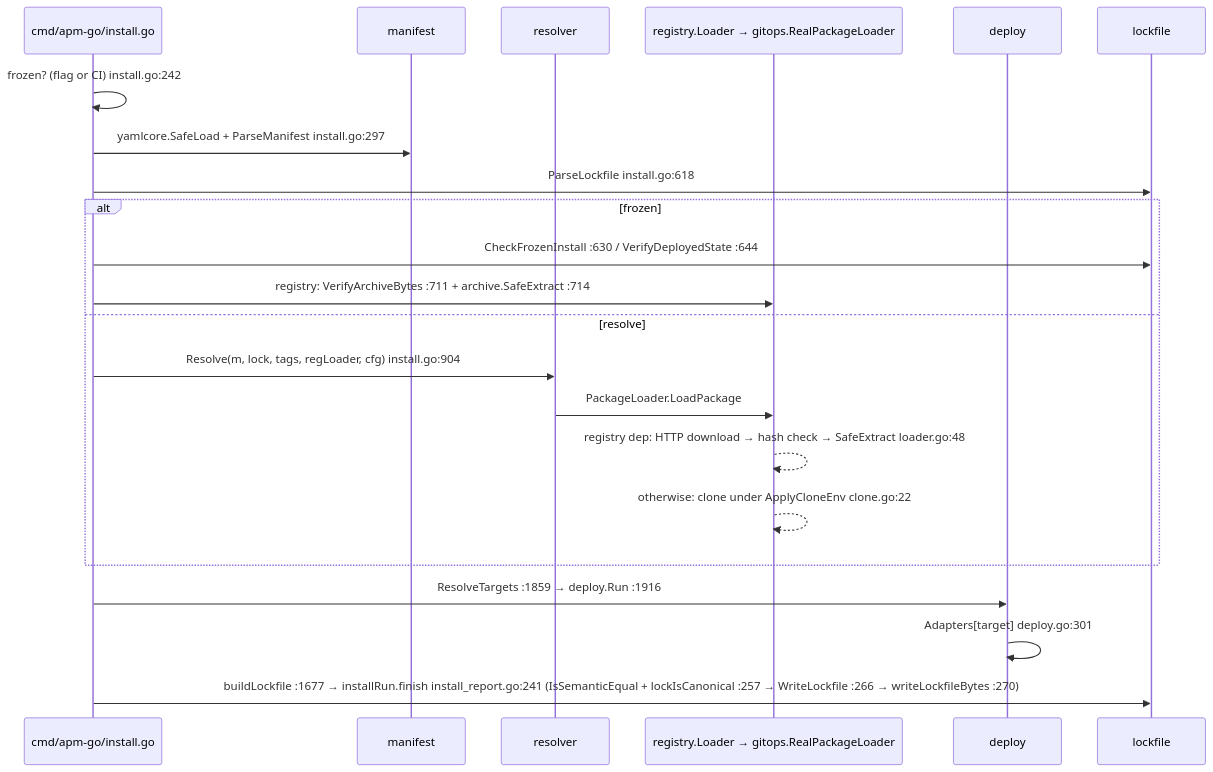
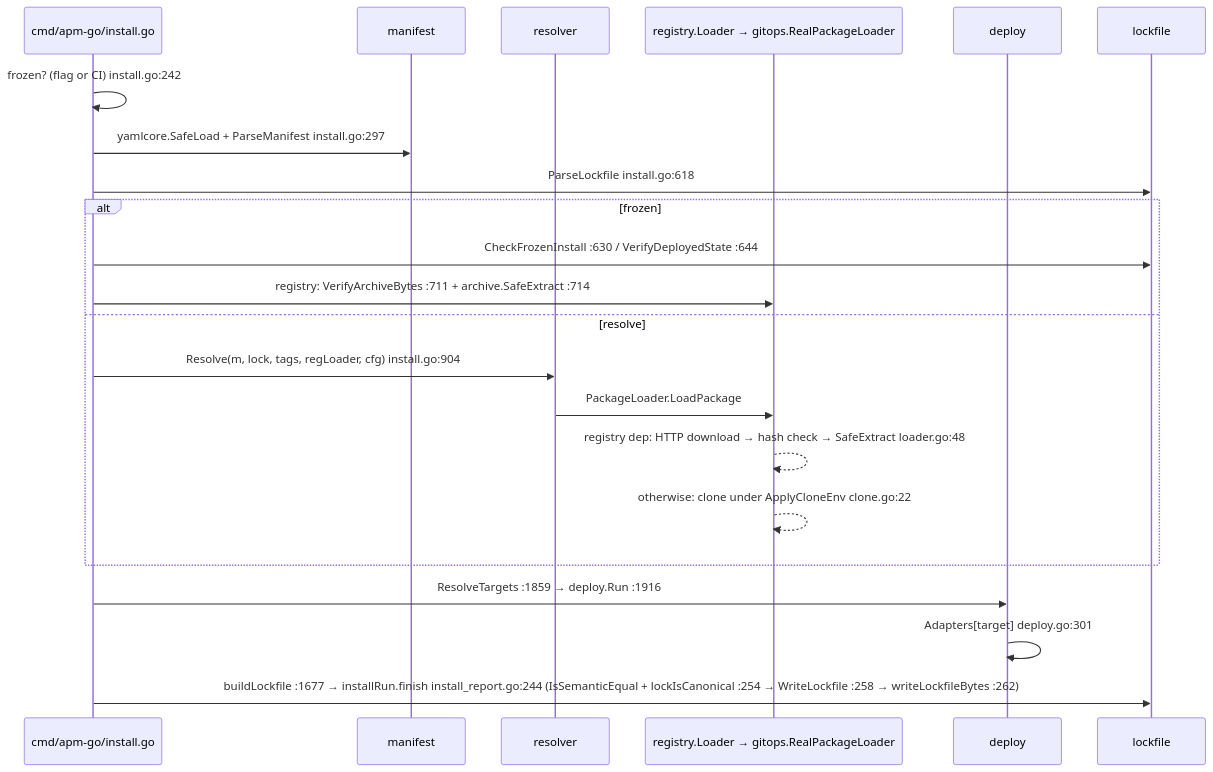
One commit to gn00678465/apm-go changed the second of 4 diagrams in ARCHITECTURE.md. Above: the diagram before and after it, drawn with Mermaid. The commit also changed other lines of this file and 4 other files, not shown here.

First line of the commit message:
fix: install --mcp 提早結束的路徑也讓 lock 的 apm_version 照 --no-provenance

````diff
--- a/ARCHITECTURE.md
+++ b/ARCHITECTURE.md
@@ -80,24 +80,24 @@
 ```mermaid
 sequenceDiagram
   participant C as cmd/apm-go/install.go
   participant M as manifest
   participant R as resolver
   participant L as registry.Loader → gitops.RealPackageLoader
   participant D as deploy
   participant K as lockfile
   C->>C: frozen? (flag or CI) install.go:242
   C->>M: yamlcore.SafeLoad + ParseManifest install.go:297
   C->>K: ParseLockfile install.go:618
   alt frozen
     C->>K: CheckFrozenInstall :630 / VerifyDeployedState :644
     C->>L: registry: VerifyArchiveBytes :711 + archive.SafeExtract :714
   else resolve
     C->>R: Resolve(m, lock, tags, regLoader, cfg) install.go:904
     R->>L: PackageLoader.LoadPackage
     L-->>L: registry dep: HTTP download → hash check → SafeExtract loader.go:48
     L-->>L: otherwise: clone under ApplyCloneEnv clone.go:22
   end
   C->>D: ResolveTargets :1859 → deploy.Run :1916
   D->>D: Adapters[target] deploy.go:301
-  C->>K: buildLockfile :1677 → installRun.finish install_report.go:241 (IsSemanticEqual + lockIsCanonical :257 → WriteLockfile :266 → writeLockfileBytes :270)
+  C->>K: buildLockfile :1677 → installRun.finish install_report.go:244 (IsSemanticEqual + lockIsCanonical :254 → WriteLockfile :258 → writeLockfileBytes :262)
 ```
````
